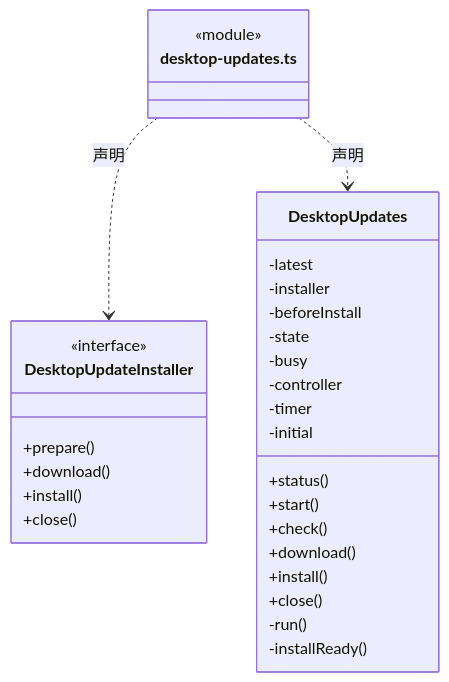
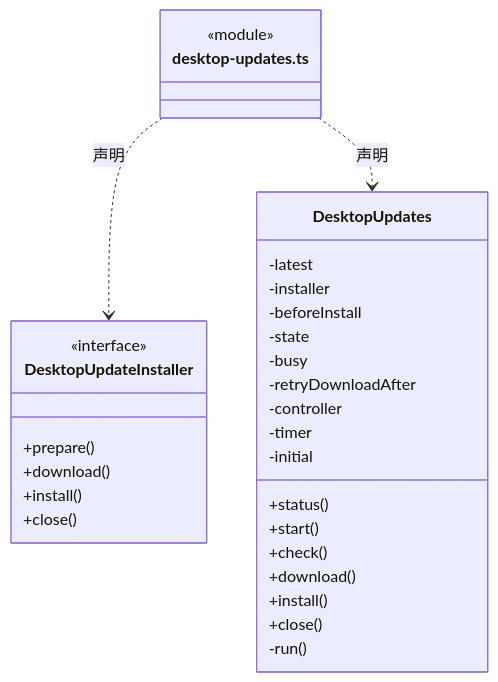
One commit to nan023062/cbim changed the second of 8 diagrams in src/backend/updater/ARCHITECTURE.md. Above: the diagram before and after it, drawn with Mermaid. The commit also changed other lines of this file and 22 other files, not shown here.

````diff
--- a/src/backend/updater/ARCHITECTURE.md
+++ b/src/backend/updater/ARCHITECTURE.md
@@ -39,33 +41,33 @@
 ```mermaid
 classDiagram
 class N_src_backend_updater_desktop_updates_ts["desktop-updates.ts"] {
   <<module>>
 }
 class N_src_backend_updater_desktop_updates_ts_DesktopUpdateInstaller["DesktopUpdateInstaller"] {
   <<interface>>
   +prepare()
   +download()
   +install()
   +close()
 }
 N_src_backend_updater_desktop_updates_ts ..> N_src_backend_updater_desktop_updates_ts_DesktopUpdateInstaller : 声明
 class N_src_backend_updater_desktop_updates_ts_DesktopUpdates["DesktopUpdates"] {
   +status()
   +start()
   +check()
   +download()
   +install()
   +close()
   -latest
   -installer
   -beforeInstall
   -state
   -busy
+  -retryDownloadAfter
   -controller
   -timer
   -initial
   -run()
-  -installReady()
 }
 N_src_backend_updater_desktop_updates_ts ..> N_src_backend_updater_desktop_updates_ts_DesktopUpdates : 声明
 ```
````
